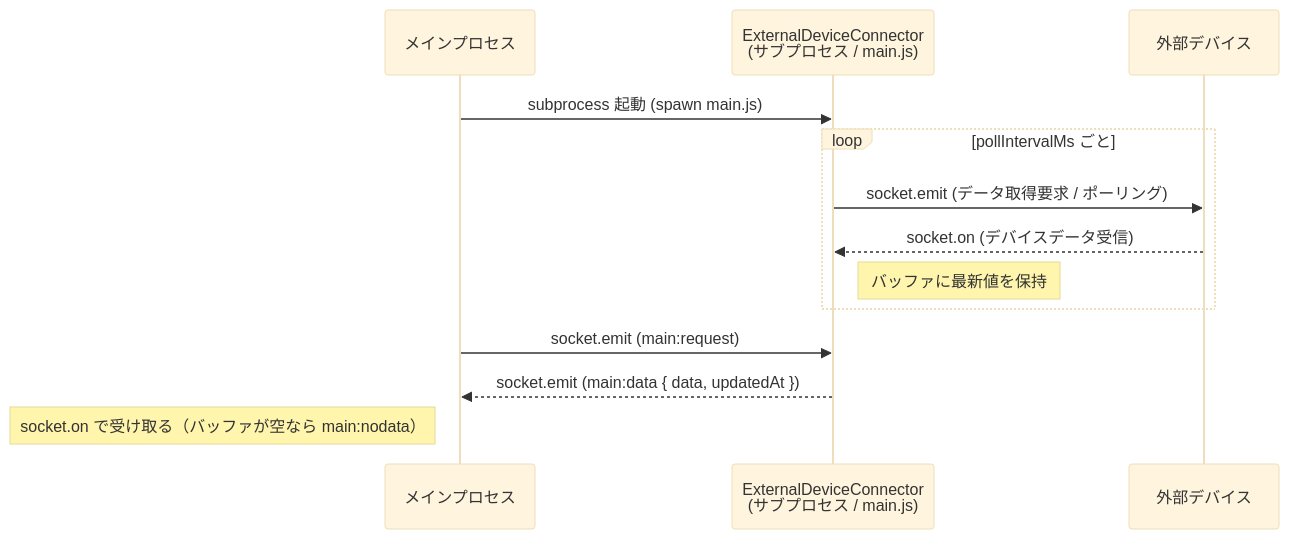
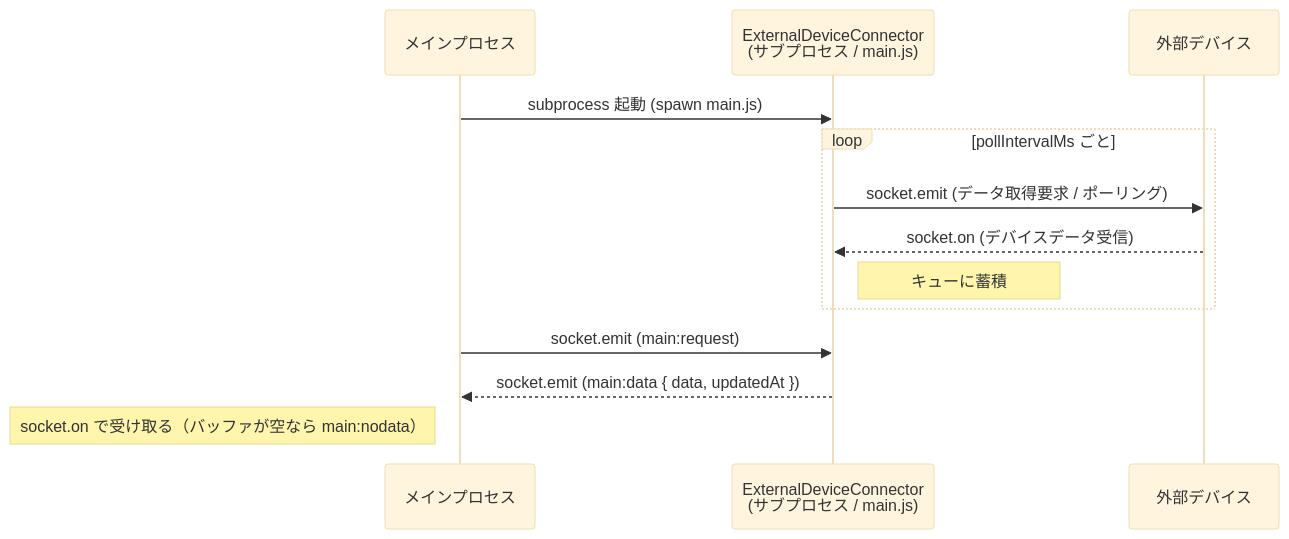
Before and after one commit to FourHyphen/private_work: the diagram in javascript/DeviceConnect/ExternalDeviceConnector/ReadMe.md, drawn with Mermaid (base theme). The commit also changed other lines of this file, not shown here.

````diff
--- a/javascript/DeviceConnect/ExternalDeviceConnector/ReadMe.md
+++ b/javascript/DeviceConnect/ExternalDeviceConnector/ReadMe.md
@@ -116,18 +147,18 @@
 ```mermaid
 sequenceDiagram
     participant MP as メインプロセス
     participant EDC as ExternalDeviceConnector<br/>(サブプロセス / main.js)
     participant ED as 外部デバイス
 
     MP->>EDC: subprocess 起動 (spawn main.js)
 
     loop pollIntervalMs ごと
         EDC->>ED: socket.emit (データ取得要求 / ポーリング)
         ED-->>EDC: socket.on (デバイスデータ受信)
-        Note right of EDC: バッファに最新値を保持
+        Note right of EDC: キューに蓄積
     end
 
     MP->>EDC: socket.emit (main:request)
     EDC-->>MP: socket.emit (main:data { data, updatedAt })
     Note left of MP: socket.on で受け取る（バッファが空なら main:nodata）
 ```
````
